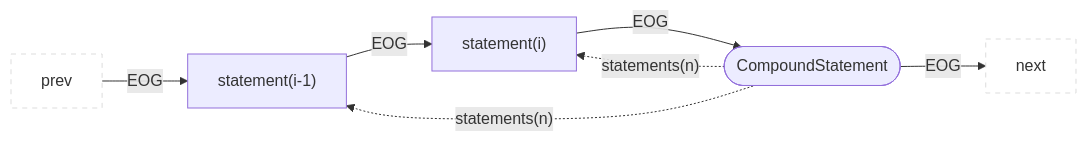
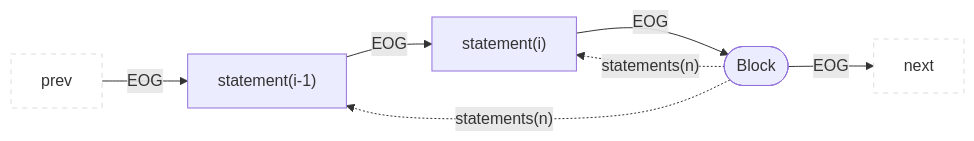
One commit to Fraunhofer-AISEC/cpg changed diagram 16 of 40 in docs/docs/CPG/specs/eog.md. Above: the diagram before and after it, drawn with Mermaid. The commit also changed other lines of this file and 147 other files, not shown here.

````diff
--- a/docs/docs/CPG/specs/eog.md
+++ b/docs/docs/CPG/specs/eog.md
@@ -332,11 +332,11 @@
 ```mermaid
 flowchart LR
   classDef outer fill:#fff,stroke:#ddd,stroke-dasharray:5 5;
   prev:::outer --EOG--> child1["statement(i-1)"]
   child1 --EOG-->child2["statement(i)"]
-  parent(["CompoundStatement"]) --EOG--> next:::outer
+  parent(["Block"]) --EOG--> next:::outer
   parent -."statements(n)".-> child1
   parent -."statements(n)".-> child2
   child2 --EOG--> parent
 
 ```
````
